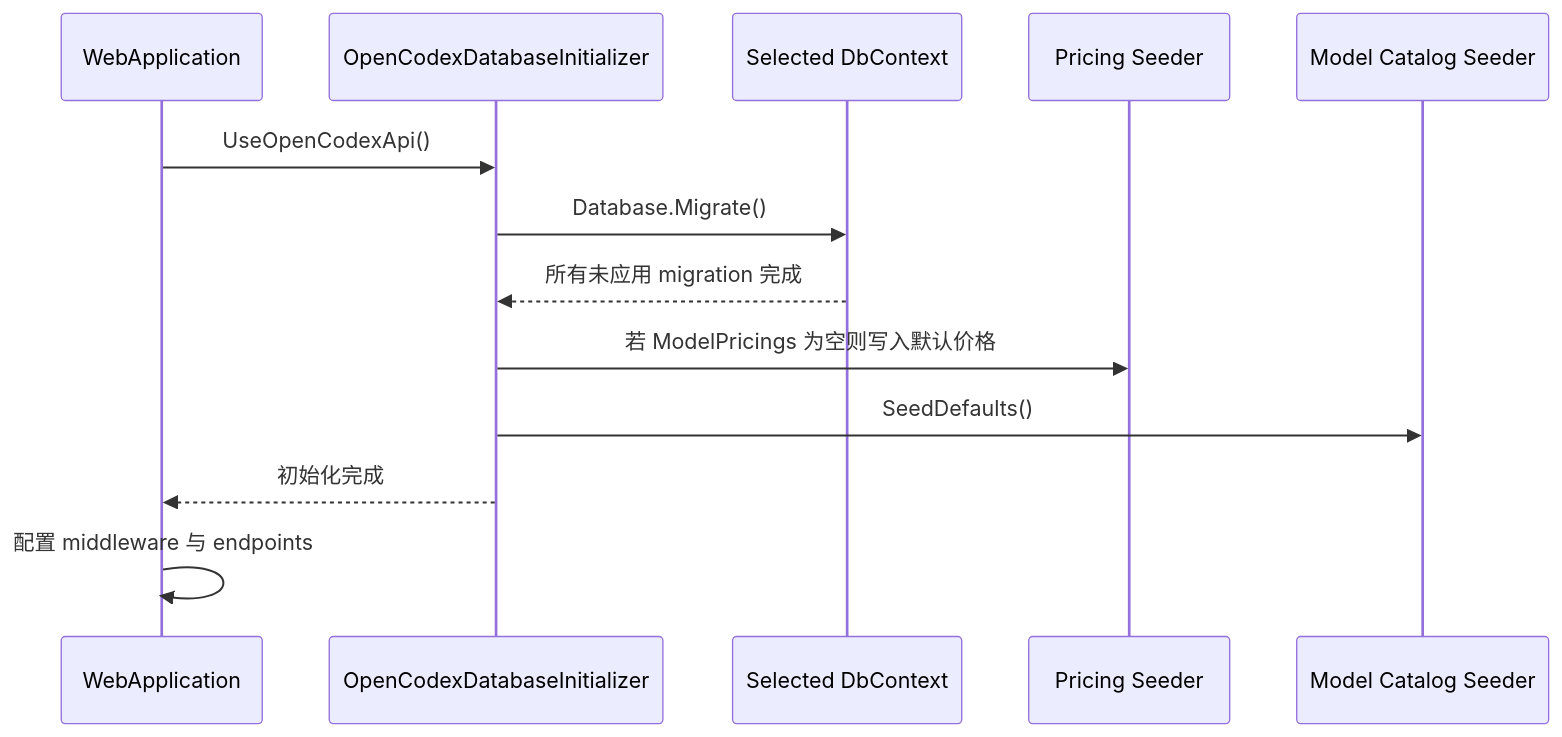
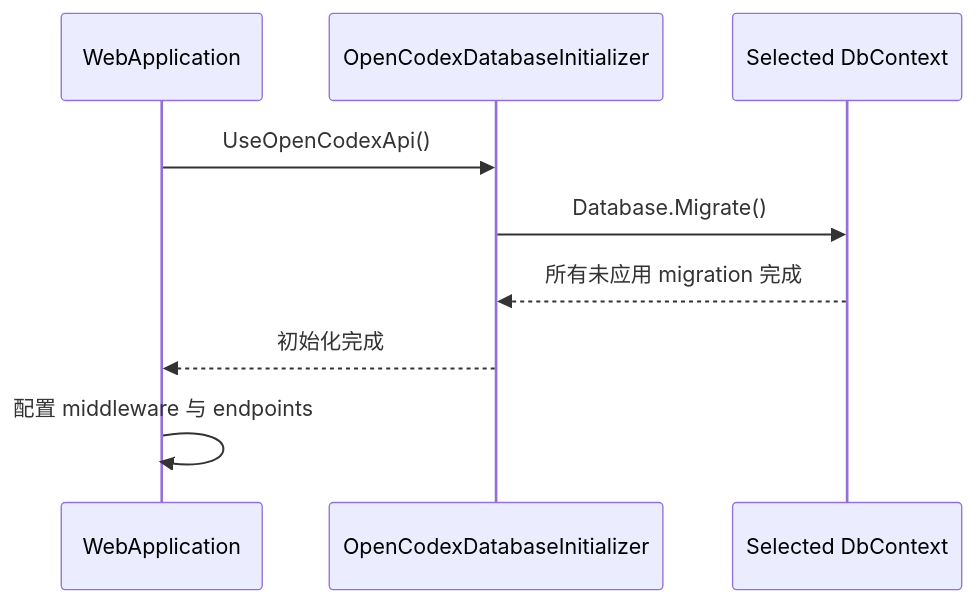
One commit to shL1481558059/OpenCodex changed the second of 4 diagrams in prd/14-data-and-migrations.md. Above: the diagram before and after it, drawn with Mermaid. The commit also changed other lines of this file and 3 other files, not shown here.

First line of the commit message:
移除已废弃的 seed-defaults 死代码及文档引用

````diff
--- a/prd/14-data-and-migrations.md
+++ b/prd/14-data-and-migrations.md
@@ -186,16 +186,12 @@
 ```mermaid
 sequenceDiagram
     participant Host as WebApplication
     participant Init as OpenCodexDatabaseInitializer
     participant DB as Selected DbContext
-    participant Pricing as Pricing Seeder
-    participant Catalog as Model Catalog Seeder
 
     Host->>Init: UseOpenCodexApi()
     Init->>DB: Database.Migrate()
     DB-->>Init: 所有未应用 migration 完成
-    Init->>Pricing: 若 ModelPricings 为空则写入默认价格
-    Init->>Catalog: SeedDefaults()
     Init-->>Host: 初始化完成
     Host->>Host: 配置 middleware 与 endpoints
 ```
````
